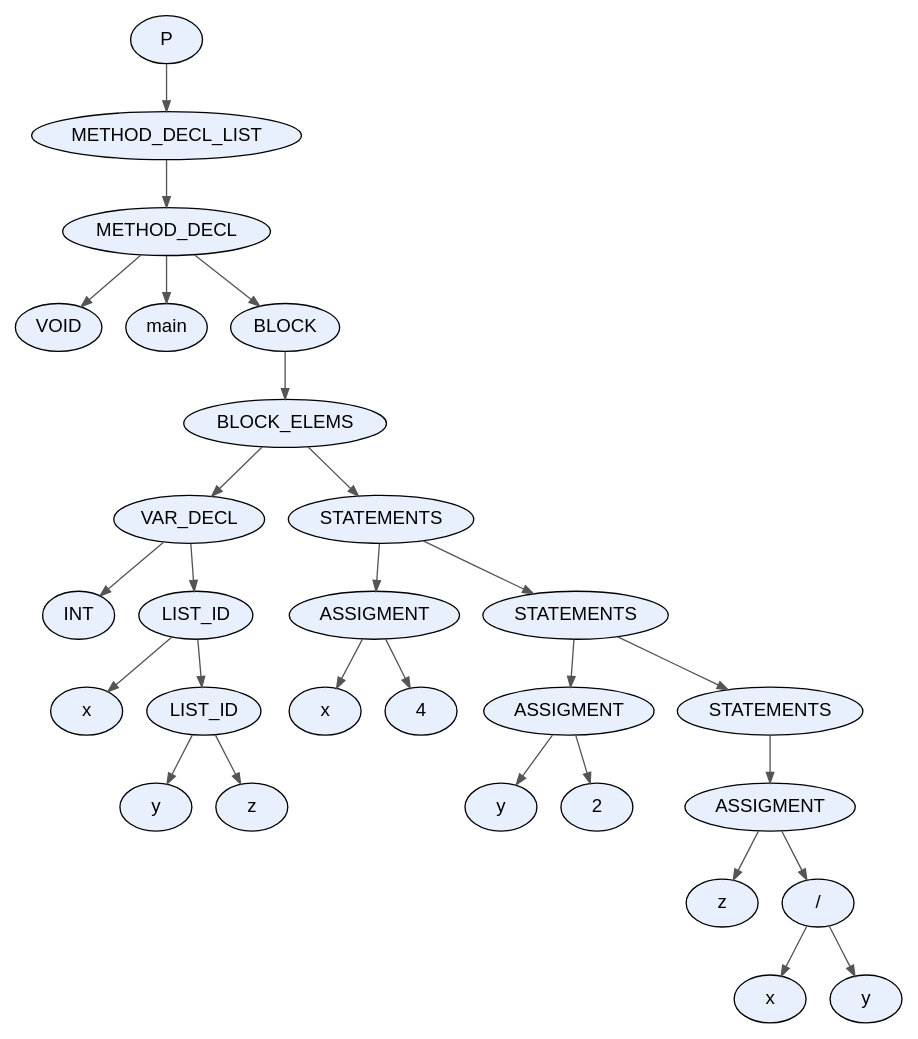
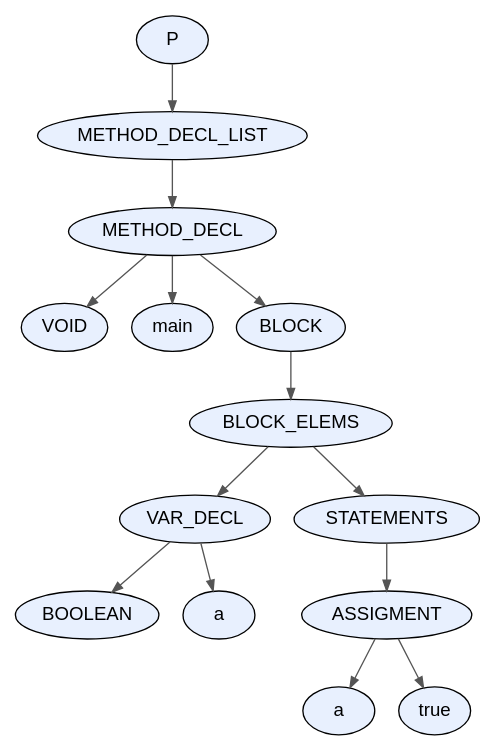
Before and after one commit to facundo-dario-loser/TDS2026: the diagram in proyecto/dot_files/test12.dot, drawn with Graphviz. The commit also changed 64 other files, not shown here.

```diff
--- a/proyecto/dot_files/test12.dot
+++ b/proyecto/dot_files/test12.dot
@@ -1,59 +1,31 @@
 digraph AST {
   node [fontname="Arial"];
   edge [arrowsize=0.8, color="#555555"];
-  "node_0x59d12dc5f3d0" [label="P", style=filled, fillcolor="#E8F0FE", shape=ellipse, style="rounded,filled"];
-  "node_0x59d12dc5f3d0" -> "node_0x59d12dc5f380";
-  "node_0x59d12dc5f380" [label="METHOD_DECL_LIST", style=filled, fillcolor="#E8F0FE", shape=ellipse, style="rounded,filled"];
-  "node_0x59d12dc5f380" -> "node_0x59d12dc5f330";
-  "node_0x59d12dc5f330" [label="METHOD_DECL", style=filled, fillcolor="#E8F0FE", shape=ellipse, style="rounded,filled"];
-  "node_0x59d12dc5f330" -> "node_0x59d12dc5f270";
-  "node_0x59d12dc5f270" [label="VOID", style=filled, fillcolor="#E8F0FE", shape=ellipse, style="rounded,filled"];
-  "node_0x59d12dc5f330" -> "node_0x59d12dc5f2c0";
-  "node_0x59d12dc5f2c0" [label="main", style=filled, fillcolor="#E8F0FE", shape=ellipse, style="rounded,filled"];
-  "node_0x59d12dc5f330" -> "node_0x59d12dc5f220";
-  "node_0x59d12dc5f220" [label="BLOCK", style=filled, fillcolor="#E8F0FE", shape=ellipse, style="rounded,filled"];
-  "node_0x59d12dc5f220" -> "node_0x59d12dc5f1d0";
-  "node_0x59d12dc5f1d0" [label="BLOCK_ELEMS", style=filled, fillcolor="#E8F0FE", shape=ellipse, style="rounded,filled"];
-  "node_0x59d12dc5f1d0" -> "node_0x59d12dc5ebe0";
-  "node_0x59d12dc5ebe0" [label="VAR_DECL", style=filled, fillcolor="#E8F0FE", shape=ellipse, style="rounded,filled"];
-  "node_0x59d12dc5ebe0" -> "node_0x59d12dc5e940";
-  "node_0x59d12dc5e940" [label="INT", style=filled, fillcolor="#E8F0FE", shape=ellipse, style="rounded,filled"];
-  "node_0x59d12dc5ebe0" -> "node_0x59d12dc5eb90";
-  "node_0x59d12dc5eb90" [label="LIST_ID", style=filled, fillcolor="#E8F0FE", shape=ellipse, style="rounded,filled"];
-  "node_0x59d12dc5eb90" -> "node_0x59d12dc5eb20";
-  "node_0x59d12dc5eb20" [label="x", style=filled, fillcolor="#E8F0FE", shape=ellipse, style="rounded,filled"];
-  "node_0x59d12dc5eb90" -> "node_0x59d12dc5ead0";
-  "node_0x59d12dc5ead0" [label="LIST_ID", style=filled, fillcolor="#E8F0FE", shape=ellipse, style="rounded,filled"];
-  "node_0x59d12dc5ead0" -> "node_0x59d12dc5ea60";
-  "node_0x59d12dc5ea60" [label="y", style=filled, fillcolor="#E8F0FE", shape=ellipse, style="rounded,filled"];
-  "node_0x59d12dc5ead0" -> "node_0x59d12dc5e9f0";
-  "node_0x59d12dc5e9f0" [label="z", style=filled, fillcolor="#E8F0FE", shape=ellipse, style="rounded,filled"];
-  "node_0x59d12dc5f1d0" -> "node_0x59d12dc5f180";
-  "node_0x59d12dc5f180" [label="STATEMENTS", style=filled, fillcolor="#E8F0FE", shape=ellipse, style="rounded,filled"];
-  "node_0x59d12dc5f180" -> "node_0x59d12dc5ed10";
-  "node_0x59d12dc5ed10" [label="ASSIGMENT", style=filled, fillcolor="#E8F0FE", shape=ellipse, style="rounded,filled"];
-  "node_0x59d12dc5ed10" -> "node_0x59d12dc5eca0";
-  "node_0x59d12dc5eca0" [label="x", style=filled, fillcolor="#E8F0FE", shape=ellipse, style="rounded,filled"];
-  "node_0x59d12dc5ed10" -> "node_0x59d12dc5ec50";
-  "node_0x59d12dc5ec50" [label="4", style=filled, fillcolor="#E8F0FE", shape=ellipse, style="rounded,filled"];
-  "node_0x59d12dc5f180" -> "node_0x59d12dc5f130";
-  "node_0x59d12dc5f130" [label="STATEMENTS", style=filled, fillcolor="#E8F0FE", shape=ellipse, style="rounded,filled"];
-  "node_0x59d12dc5f130" -> "node_0x59d12dc5ee40";
-  "node_0x59d12dc5ee40" [label="ASSIGMENT", style=filled, fillcolor="#E8F0FE", shape=ellipse, style="rounded,filled"];
-  "node_0x59d12dc5ee40" -> "node_0x59d12dc5edd0";
-  "node_0x59d12dc5edd0" [label="y", style=filled, fillcolor="#E8F0FE", shape=ellipse, style="rounded,filled"];
-  "node_0x59d12dc5ee40" -> "node_0x59d12dc5ed80";
-  "node_0x59d12dc5ed80" [label="2", style=filled, fillcolor="#E8F0FE", shape=ellipse, style="rounded,filled"];
-  "node_0x59d12dc5f130" -> "node_0x59d12dc5f0e0";
-  "node_0x59d12dc5f0e0" [label="STATEMENTS", style=filled, fillcolor="#E8F0FE", shape=ellipse, style="rounded,filled"];
-  "node_0x59d12dc5f0e0" -> "node_0x59d12dc5f090";
-  "node_0x59d12dc5f090" [label="ASSIGMENT", style=filled, fillcolor="#E8F0FE", shape=ellipse, style="rounded,filled"];
-  "node_0x59d12dc5f090" -> "node_0x59d12dc5f020";
-  "node_0x59d12dc5f020" [label="z", style=filled, fillcolor="#E8F0FE", shape=ellipse, style="rounded,filled"];
-  "node_0x59d12dc5f090" -> "node_0x59d12dc5efd0";
-  "node_0x59d12dc5efd0" [label="/", style=filled, fillcolor="#E8F0FE", shape=ellipse, style="rounded,filled"];
-  "node_0x59d12dc5efd0" -> "node_0x59d12dc5eed0";
-  "node_0x59d12dc5eed0" [label="x", style=filled, fillcolor="#E8F0FE", shape=ellipse, style="rounded,filled"];
-  "node_0x59d12dc5efd0" -> "node_0x59d12dc5ef60";
-  "node_0x59d12dc5ef60" [label="y", style=filled, fillcolor="#E8F0FE", shape=ellipse, style="rounded,filled"];
+  "node_0x5fb42ad7cb40" [label="P", style=filled, fillcolor="#E8F0FE", shape=ellipse, style="rounded,filled"];
+  "node_0x5fb42ad7cb40" -> "node_0x5fb42ad7caf0";
+  "node_0x5fb42ad7caf0" [label="METHOD_DECL_LIST", style=filled, fillcolor="#E8F0FE", shape=ellipse, style="rounded,filled"];
+  "node_0x5fb42ad7caf0" -> "node_0x5fb42ad7caa0";
+  "node_0x5fb42ad7caa0" [label="METHOD_DECL", style=filled, fillcolor="#E8F0FE", shape=ellipse, style="rounded,filled"];
+  "node_0x5fb42ad7caa0" -> "node_0x5fb42ad7c9e0";
+  "node_0x5fb42ad7c9e0" [label="VOID", style=filled, fillcolor="#E8F0FE", shape=ellipse, style="rounded,filled"];
+  "node_0x5fb42ad7caa0" -> "node_0x5fb42ad7ca30";
+  "node_0x5fb42ad7ca30" [label="main", style=filled, fillcolor="#E8F0FE", shape=ellipse, style="rounded,filled"];
+  "node_0x5fb42ad7caa0" -> "node_0x5fb42ad7c990";
+  "node_0x5fb42ad7c990" [label="BLOCK", style=filled, fillcolor="#E8F0FE", shape=ellipse, style="rounded,filled"];
+  "node_0x5fb42ad7c990" -> "node_0x5fb42ad7c940";
+  "node_0x5fb42ad7c940" [label="BLOCK_ELEMS", style=filled, fillcolor="#E8F0FE", shape=ellipse, style="rounded,filled"];
+  "node_0x5fb42ad7c940" -> "node_0x5fb42ad7c630";
+  "node_0x5fb42ad7c630" [label="VAR_DECL", style=filled, fillcolor="#E8F0FE", shape=ellipse, style="rounded,filled"];
+  "node_0x5fb42ad7c630" -> "node_0x5fb42ad7c550";
+  "node_0x5fb42ad7c550" [label="BOOLEAN", style=filled, fillcolor="#E8F0FE", shape=ellipse, style="rounded,filled"];
+  "node_0x5fb42ad7c630" -> "node_0x5fb42ad7c5c0";
+  "node_0x5fb42ad7c5c0" [label="a", style=filled, fillcolor="#E8F0FE", shape=ellipse, style="rounded,filled"];
+  "node_0x5fb42ad7c940" -> "node_0x5fb42ad7c8f0";
+  "node_0x5fb42ad7c8f0" [label="STATEMENTS", style=filled, fillcolor="#E8F0FE", shape=ellipse, style="rounded,filled"];
+  "node_0x5fb42ad7c8f0" -> "node_0x5fb42ad7c8a0";
+  "node_0x5fb42ad7c8a0" [label="ASSIGMENT", style=filled, fillcolor="#E8F0FE", shape=ellipse, style="rounded,filled"];
+  "node_0x5fb42ad7c8a0" -> "node_0x5fb42ad7c830";
+  "node_0x5fb42ad7c830" [label="a", style=filled, fillcolor="#E8F0FE", shape=ellipse, style="rounded,filled"];
+  "node_0x5fb42ad7c8a0" -> "node_0x5fb42ad7d340";
+  "node_0x5fb42ad7d340" [label="true", style=filled, fillcolor="#E8F0FE", shape=ellipse, style="rounded,filled"];
 }
```
